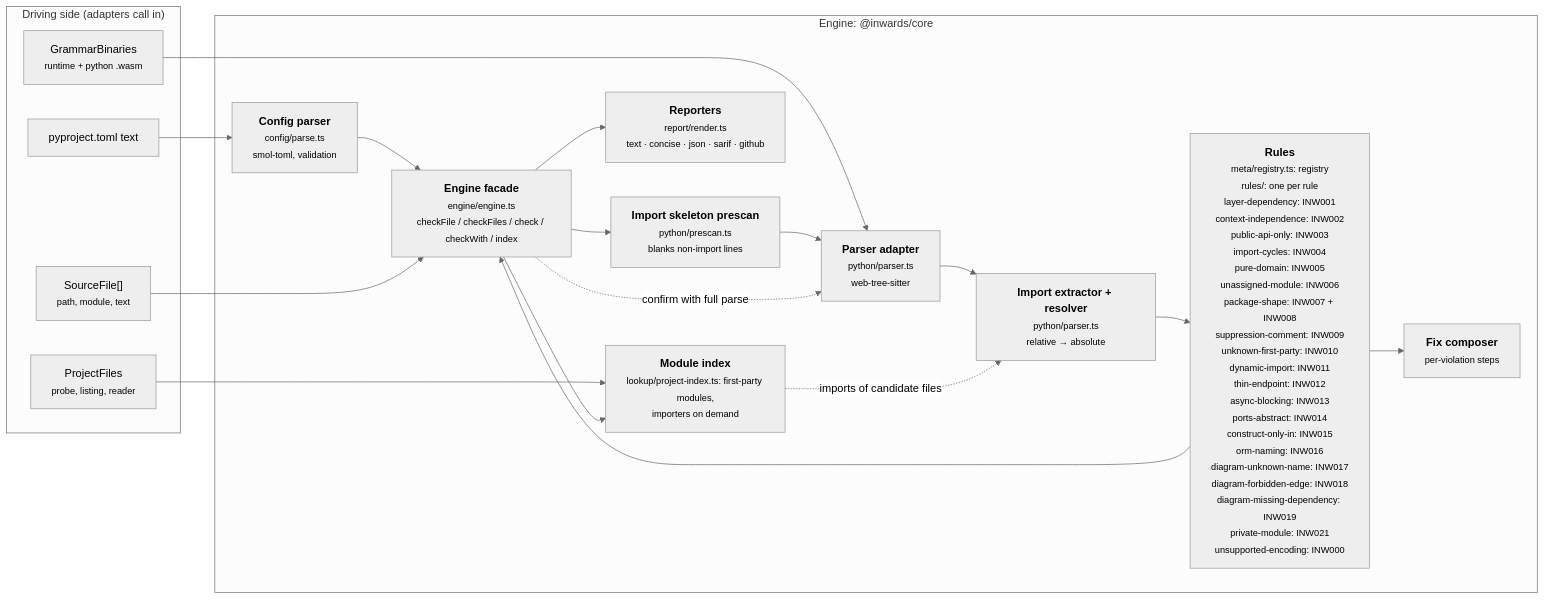
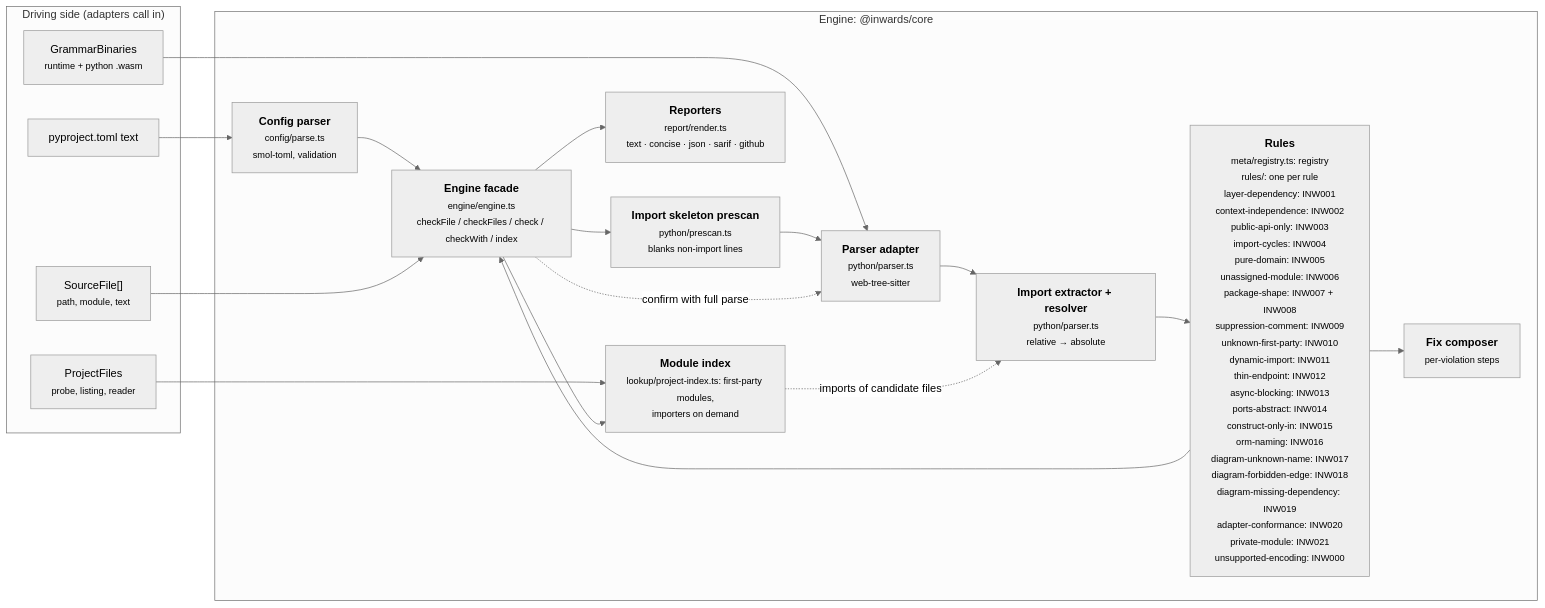
The third of 6 diagrams in docs/chapters/03-Architecture-C4.md (SirCypkowskyy/inwards), drawn with Mermaid (neutral theme) before and after one commit. The commit also changed other lines of this file and 53 other files, not shown here.

First line of the commit message:
feat(rules): add INW020 adapter-conformance so each adapter declares its port under TYPE_CHECKING (#449)

````diff
--- a/docs/chapters/03-Architecture-C4.md
+++ b/docs/chapters/03-Architecture-C4.md
@@ -105,33 +105,33 @@
 ```mermaid
 flowchart LR
     subgraph driving["Driving side (adapters call in)"]
         files["SourceFile[]<br/><small>path, module, text</small>"]
         pfiles["ProjectFiles<br/><small>probe, listing, reader</small>"]
         cfgtext["pyproject.toml text"]
         wasm["GrammarBinaries<br/><small>runtime + python .wasm</small>"]
     end
 
     subgraph enginebox["Engine: @inwards/core"]
         config["<b>Config parser</b><br/><small>config/parse.ts<br/>smol-toml, validation</small>"]
         pre["<b>Import skeleton prescan</b><br/><small>python/prescan.ts<br/>blanks non-import lines</small>"]
         parser["<b>Parser adapter</b><br/><small>python/parser.ts<br/>web-tree-sitter</small>"]
         extract["<b>Import extractor + resolver</b><br/><small>python/parser.ts<br/>relative → absolute</small>"]
-        rules["<b>Rules</b><br/><small>meta/registry.ts: registry<br/>rules/: one per rule<br/>layer-dependency: INW001<br/>context-independence: INW002<br/>public-api-only: INW003<br/>import-cycles: INW004<br/>pure-domain: INW005<br/>unassigned-module: INW006<br/>package-shape: INW007 + INW008<br/>suppression-comment: INW009<br/>unknown-first-party: INW010<br/>dynamic-import: INW011<br/>thin-endpoint: INW012<br/>async-blocking: INW013<br/>ports-abstract: INW014<br/>construct-only-in: INW015<br/>orm-naming: INW016<br/>diagram-unknown-name: INW017<br/>diagram-forbidden-edge: INW018<br/>diagram-missing-dependency: INW019<br/>private-module: INW021<br/>unsupported-encoding: INW000</small>"]
+        rules["<b>Rules</b><br/><small>meta/registry.ts: registry<br/>rules/: one per rule<br/>layer-dependency: INW001<br/>context-independence: INW002<br/>public-api-only: INW003<br/>import-cycles: INW004<br/>pure-domain: INW005<br/>unassigned-module: INW006<br/>package-shape: INW007 + INW008<br/>suppression-comment: INW009<br/>unknown-first-party: INW010<br/>dynamic-import: INW011<br/>thin-endpoint: INW012<br/>async-blocking: INW013<br/>ports-abstract: INW014<br/>construct-only-in: INW015<br/>orm-naming: INW016<br/>diagram-unknown-name: INW017<br/>diagram-forbidden-edge: INW018<br/>diagram-missing-dependency: INW019<br/>adapter-conformance: INW020<br/>private-module: INW021<br/>unsupported-encoding: INW000</small>"]
         fix["<b>Fix composer</b><br/><small>per-violation steps</small>"]
         report["<b>Reporters</b><br/><small>report/render.ts<br/>text · concise · json · sarif · github</small>"]
         engine["<b>Engine facade</b><br/><small>engine/engine.ts<br/>checkFile / checkFiles / check / checkWith / index</small>"]
         modgraph["<b>Module index</b><br/><small>lookup/project-index.ts: first-party modules,<br/>importers on demand</small>"]
     end
 
     cfgtext --> config --> engine
     wasm --> parser
     files --> engine
     engine --> pre --> parser --> extract --> rules
     rules --> fix
     rules --> engine
     engine -. "confirm with full parse" .-> parser
     pfiles --> modgraph
     engine --> modgraph
     modgraph -. "imports of candidate files" .-> extract
     engine --> report
 ```
````
